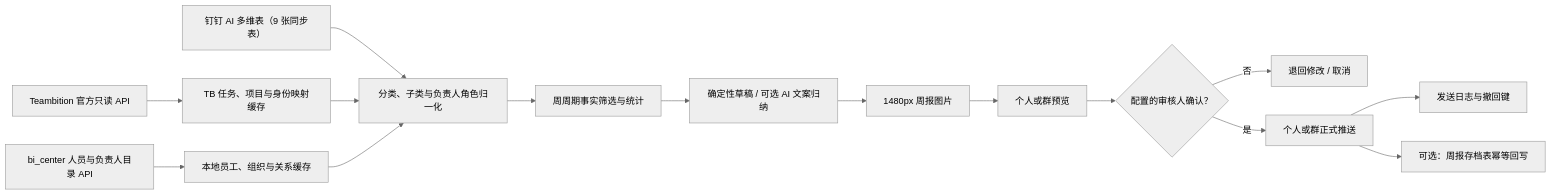
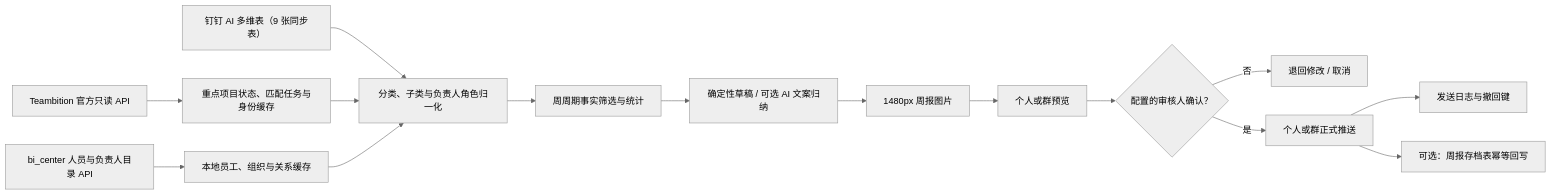
The diagram in docs/architecture.md (Max0314/weekly_report_assistant), drawn with Mermaid (neutral theme) before and after one commit. The commit also changed other lines of this file and 14 other files, not shown here.

````diff
--- a/docs/architecture.md
+++ b/docs/architecture.md
@@ -5,17 +5,17 @@
 ```mermaid
 flowchart LR
   A["钉钉 AI 多维表（9 张同步表）"] --> B["分类、子类与负责人角色归一化"]
-  T["Teambition 官方只读 API"] --> U["TB 任务、项目与身份映射缓存"]
+  T["Teambition 官方只读 API"] --> U["重点项目状态、匹配任务与身份缓存"]
   U --> B
   C["bi_center 人员与负责人目录 API"] --> D["本地员工、组织与关系缓存"]
   D --> B
   B --> E["周周期事实筛选与统计"]
   E --> F["确定性草稿 / 可选 AI 文案归纳"]
   F --> G["1480px 周报图片"]
   G --> H["个人或群预览"]
   H --> I{"配置的审核人确认？"}
   I -- 否 --> J["退回修改 / 取消"]
   I -- 是 --> K["个人或群正式推送"]
   K --> L["发送日志与撤回键"]
   K --> M["可选：周报存档表幂等回写"]
 ```
````
